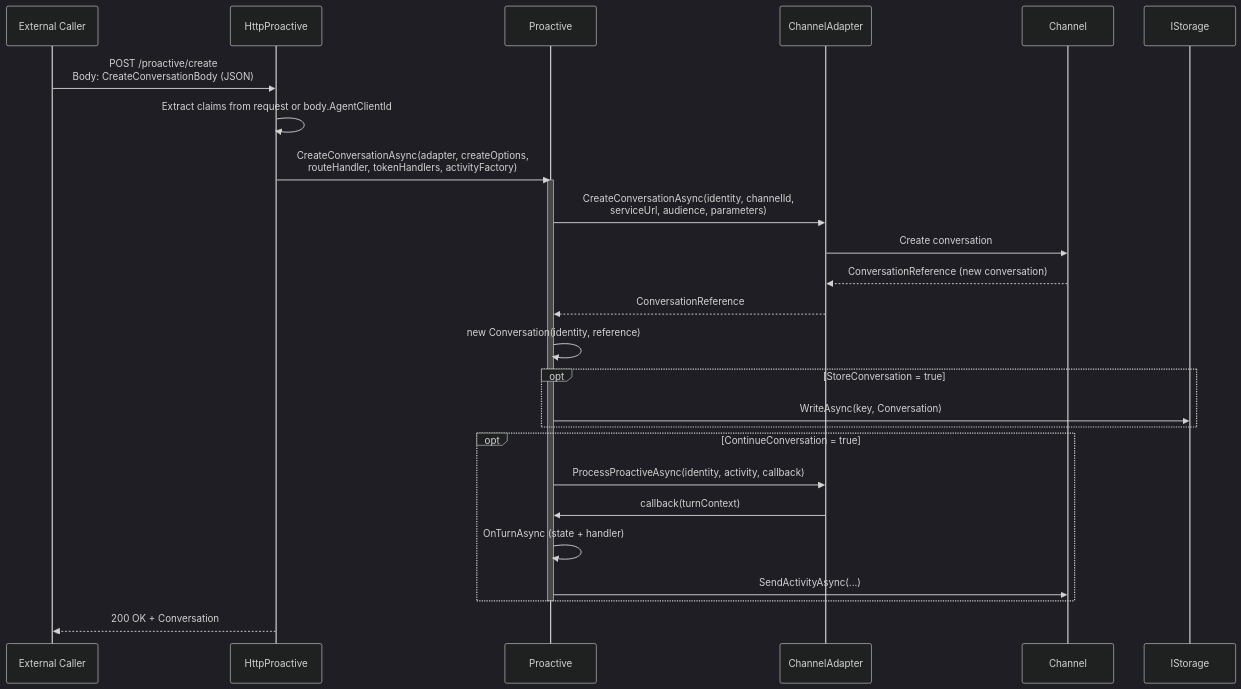
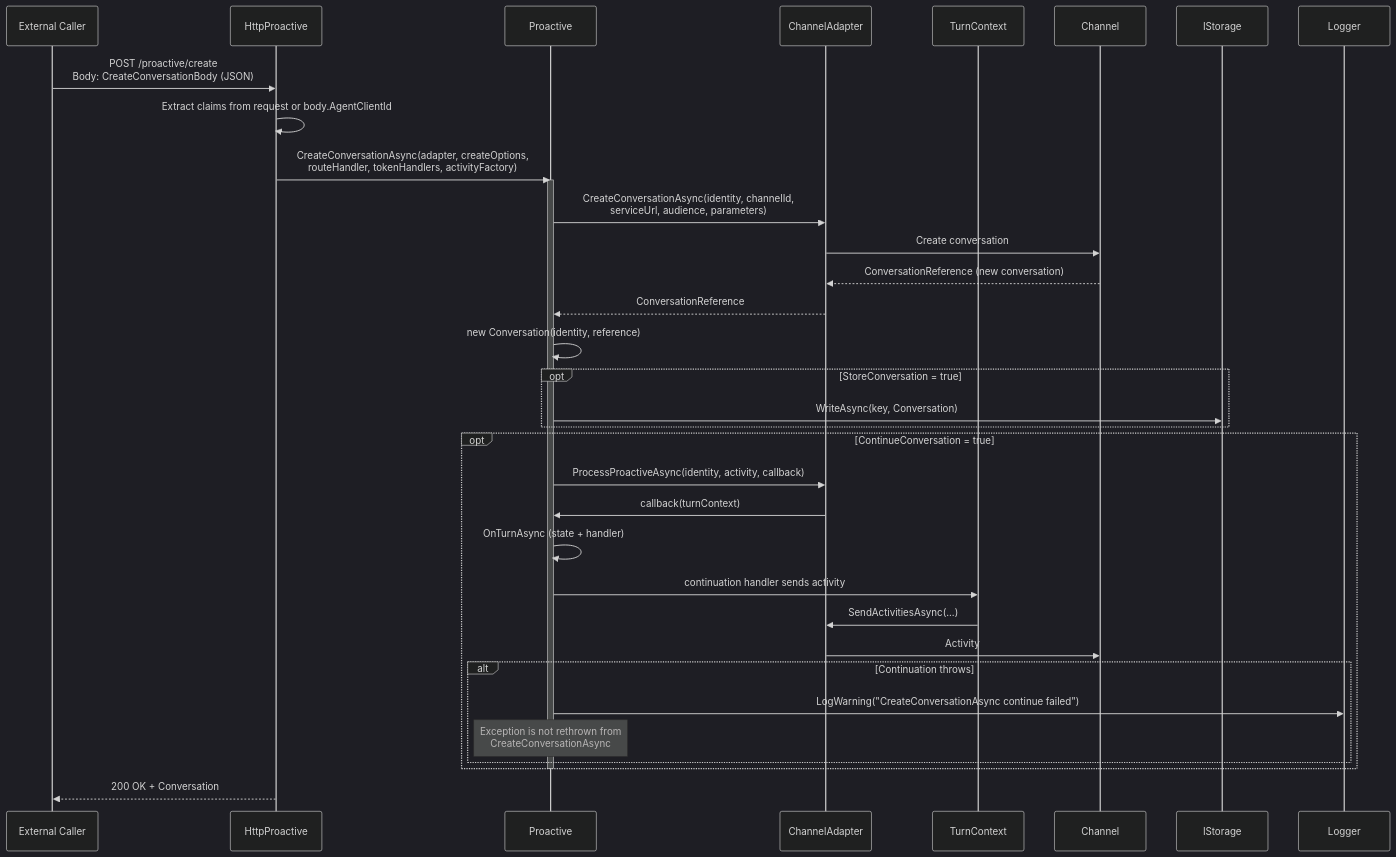
One commit to microsoft/Agents-for-net changed the fourth of 5 diagrams in docs/proactive-sequence-diagram.md. Above: the diagram before and after it, drawn with Mermaid (dark theme). The commit also changed other lines of this file and 11 other files, not shown here.

First line of the commit message:
docs: refresh architecture and sequence diagrams

````diff
--- a/docs/proactive-sequence-diagram.md
+++ b/docs/proactive-sequence-diagram.md
@@ -128,36 +135,44 @@
 ```mermaid
 sequenceDiagram
     participant ExternalCaller as External Caller
     participant HttpProactive
     participant Proactive
     participant ChannelAdapter
+    participant TurnContext
     participant Channel
     participant IStorage
+    participant Logger
 
     ExternalCaller->>HttpProactive: POST /proactive/create<br/>Body: CreateConversationBody (JSON)
     HttpProactive->>HttpProactive: Extract claims from request or body.AgentClientId
 
     HttpProactive->>Proactive: CreateConversationAsync(adapter, createOptions,<br/>routeHandler, tokenHandlers, activityFactory)
     activate Proactive
 
     Proactive->>ChannelAdapter: CreateConversationAsync(identity, channelId,<br/>serviceUrl, audience, parameters)
     ChannelAdapter->>Channel: Create conversation
     Channel-->>ChannelAdapter: ConversationReference (new conversation)
     ChannelAdapter-->>Proactive: ConversationReference
 
     Proactive->>Proactive: new Conversation(identity, reference)
 
     opt StoreConversation = true
         Proactive->>IStorage: WriteAsync(key, Conversation)
     end
 
     opt ContinueConversation = true
         Proactive->>ChannelAdapter: ProcessProactiveAsync(identity, activity, callback)
         ChannelAdapter->>Proactive: callback(turnContext)
         Proactive->>Proactive: OnTurnAsync (state + handler)
-        Proactive->>Channel: SendActivityAsync(...)
+        Proactive->>TurnContext: continuation handler sends activity
+        TurnContext->>ChannelAdapter: SendActivitiesAsync(...)
+        ChannelAdapter->>Channel: Activity
+        alt Continuation throws
+            Proactive->>Logger: LogWarning("CreateConversationAsync continue failed")
+            Note over Proactive: Exception is not rethrown from<br/>CreateConversationAsync
+        end
     end
 
     deactivate Proactive
     HttpProactive-->>ExternalCaller: 200 OK + Conversation
 ```
````
